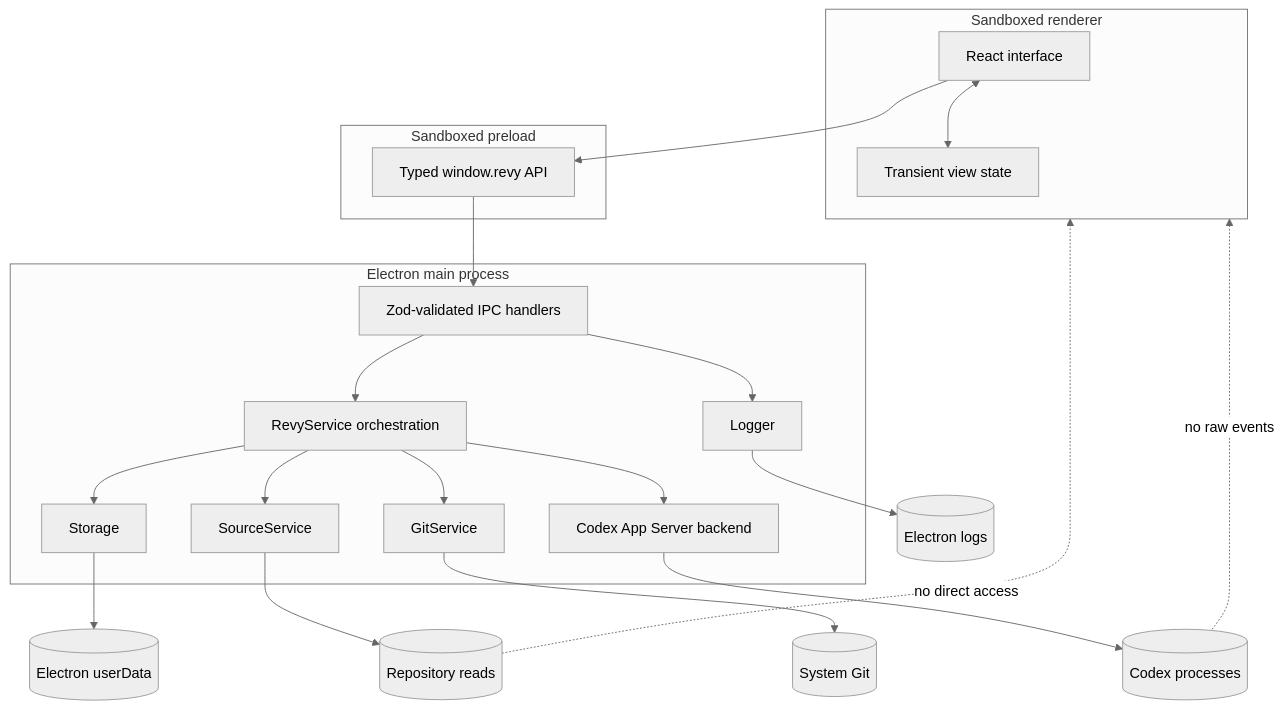
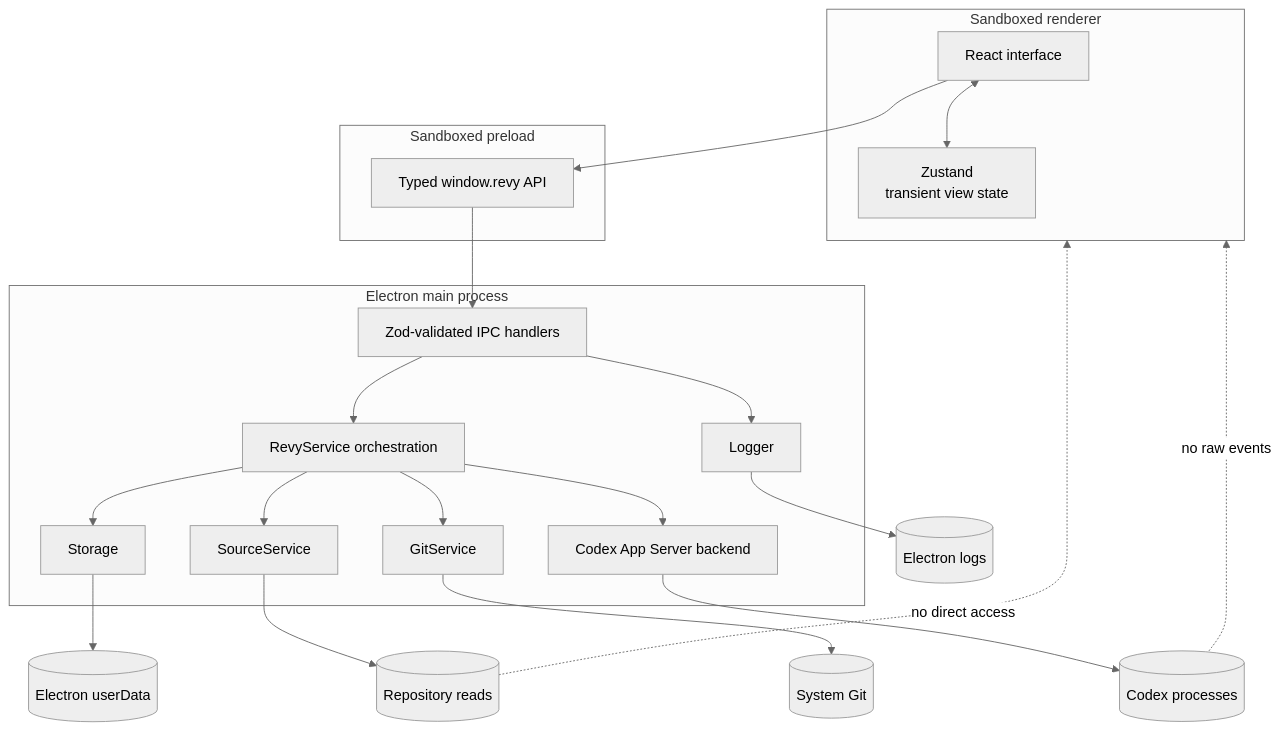
One commit to phillippbertram/revy changed the second of 7 diagrams in docs/architecture.md. Above: the diagram before and after it, drawn with Mermaid (neutral theme). The commit also changed other lines of this file and 14 other files, not shown here.

````diff
--- a/docs/architecture.md
+++ b/docs/architecture.md
@@ -76,32 +77,32 @@
 ```mermaid
 flowchart TB
     subgraph Renderer[Sandboxed renderer]
         ui[React interface]
-        viewState[Transient view state]
+        viewState[Zustand<br/>transient view state]
     end
 
     subgraph Preload[Sandboxed preload]
         bridge[Typed window.revy API]
     end
 
     subgraph Main[Electron main process]
         ipc[Zod-validated IPC handlers]
         service[RevyService orchestration]
         gitService[GitService]
         codexService[Codex App Server backend]
         sourceService[SourceService]
         fileStore[Storage]
         logger[Logger]
     end
 
     ui <--> viewState
     ui --> bridge --> ipc --> service
     service --> gitService --> git[(System Git)]
     service --> codexService --> codex[(Codex processes)]
     service --> sourceService --> repo[(Repository reads)]
     service --> fileStore --> appData[(Electron userData)]
     ipc --> logger --> logs[(Electron logs)]
 
     repo -. no direct access .-> Renderer
     codex -. no raw events .-> Renderer
 ```
````
